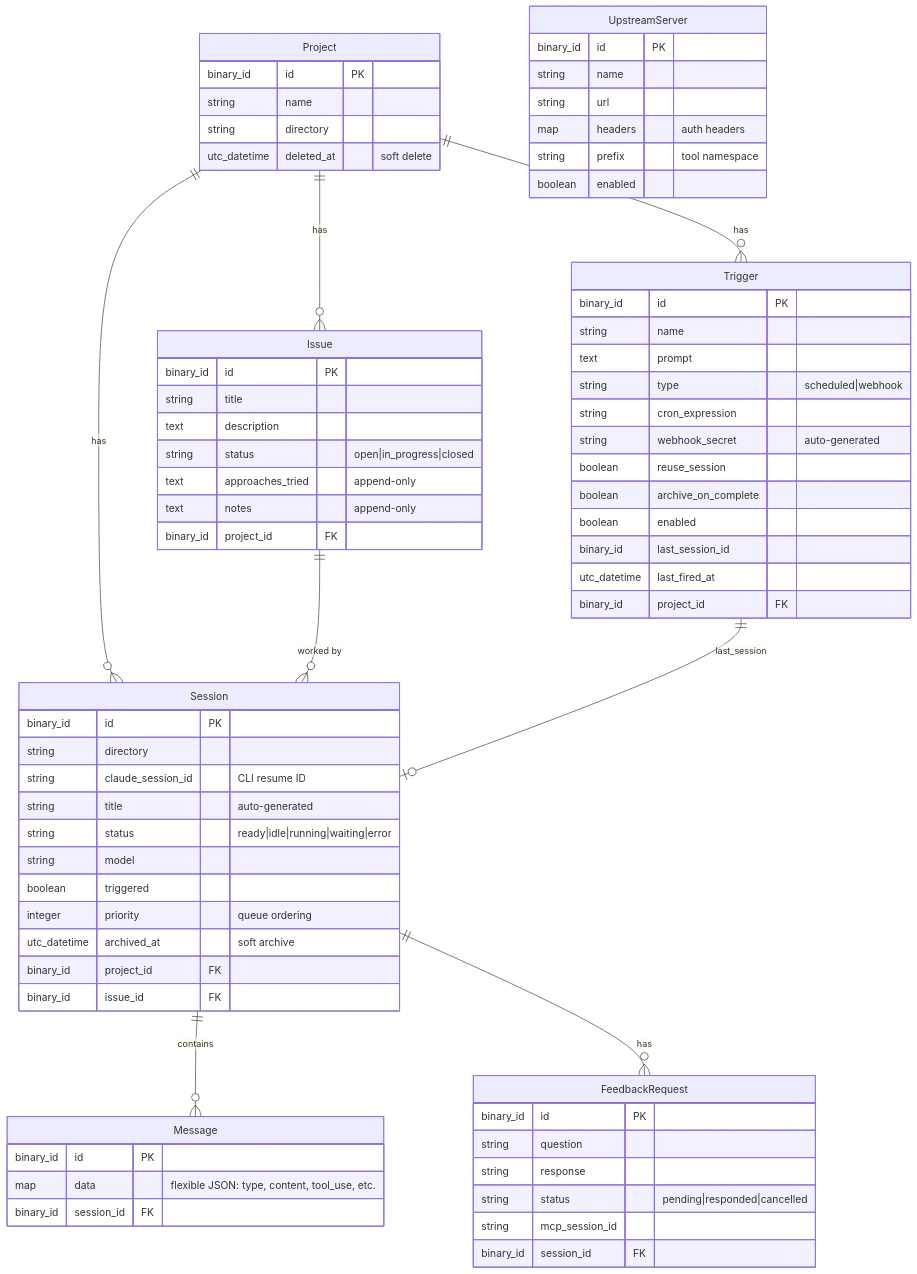
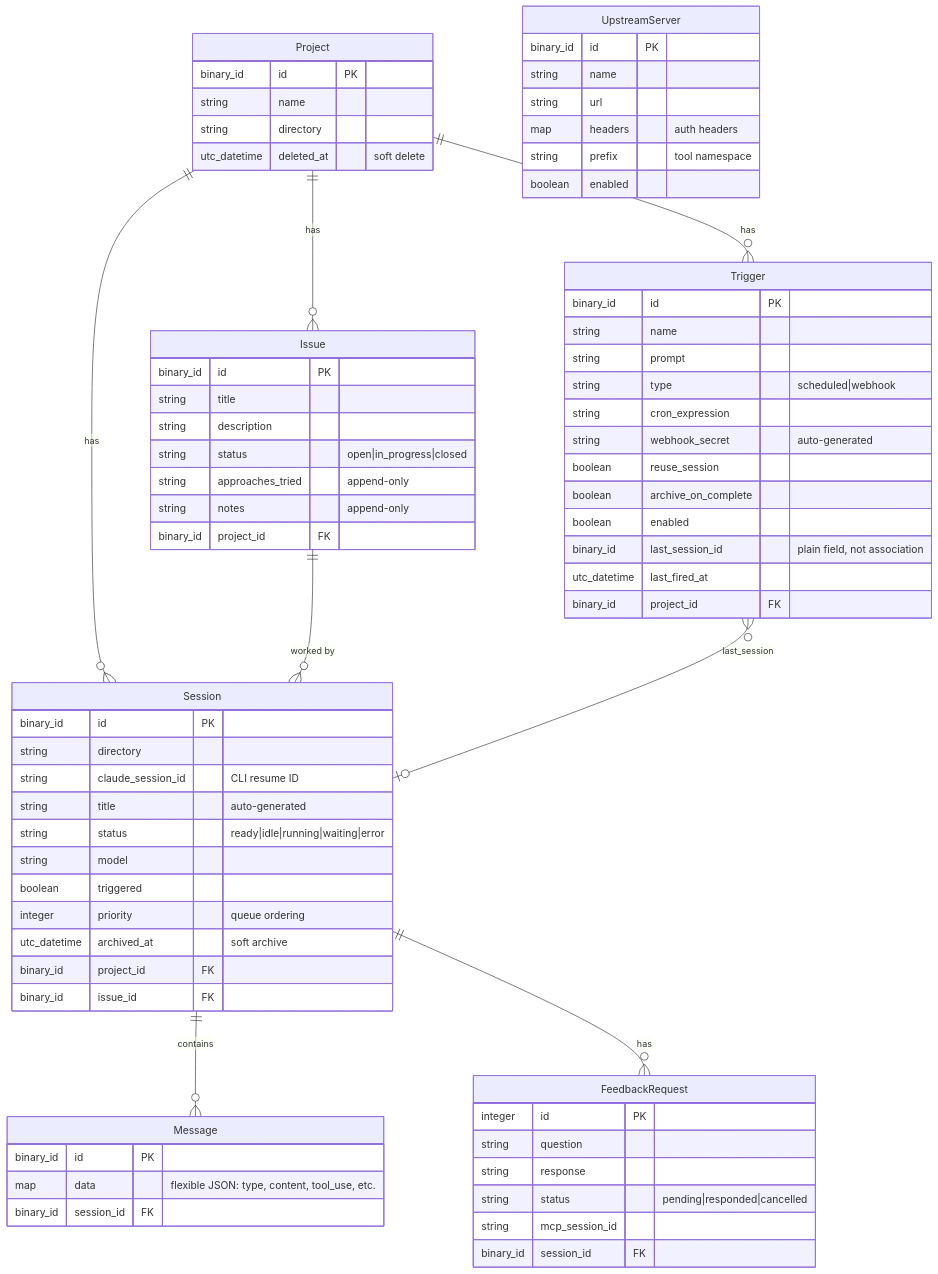
Before and after one commit to zingbretsen/orca_hub: the diagram in .context/data-model.md, drawn with Mermaid. The commit also changed 5 other files, not shown here.

First line of the commit message:
Fix inaccuracies in .context/ mermaid diagrams

````diff
--- a/.context/data-model.md
+++ b/.context/data-model.md
@@ -3,80 +3,80 @@
 ```mermaid
 erDiagram
     Project ||--o{ Session : has
     Project ||--o{ Issue : has
     Project ||--o{ Trigger : has
     Issue ||--o{ Session : "worked by"
     Session ||--o{ Message : contains
     Session ||--o{ FeedbackRequest : has
-    Trigger ||--o| Session : "last_session"
+    Trigger }o--o| Session : "last_session"
 
     Project {
         binary_id id PK
         string name
         string directory
         utc_datetime deleted_at "soft delete"
     }
 
     Session {
         binary_id id PK
         string directory
         string claude_session_id "CLI resume ID"
         string title "auto-generated"
         string status "ready|idle|running|waiting|error"
         string model
         boolean triggered
         integer priority "queue ordering"
         utc_datetime archived_at "soft archive"
         binary_id project_id FK
         binary_id issue_id FK
     }
 
     Message {
         binary_id id PK
         map data "flexible JSON: type, content, tool_use, etc."
         binary_id session_id FK
     }
 
     Issue {
         binary_id id PK
         string title
-        text description
+        string description
         string status "open|in_progress|closed"
-        text approaches_tried "append-only"
-        text notes "append-only"
+        string approaches_tried "append-only"
+        string notes "append-only"
         binary_id project_id FK
     }
 
     FeedbackRequest {
-        binary_id id PK
+        integer id PK
         string question
         string response
         string status "pending|responded|cancelled"
         string mcp_session_id
         binary_id session_id FK
     }
 
     Trigger {
         binary_id id PK
         string name
-        text prompt
+        string prompt
         string type "scheduled|webhook"
         string cron_expression
         string webhook_secret "auto-generated"
         boolean reuse_session
         boolean archive_on_complete
         boolean enabled
-        binary_id last_session_id
+        binary_id last_session_id "plain field, not association"
         utc_datetime last_fired_at
         binary_id project_id FK
     }
 
     UpstreamServer {
         binary_id id PK
         string name
         string url
         map headers "auth headers"
         string prefix "tool namespace"
         boolean enabled
     }
 ```
````
